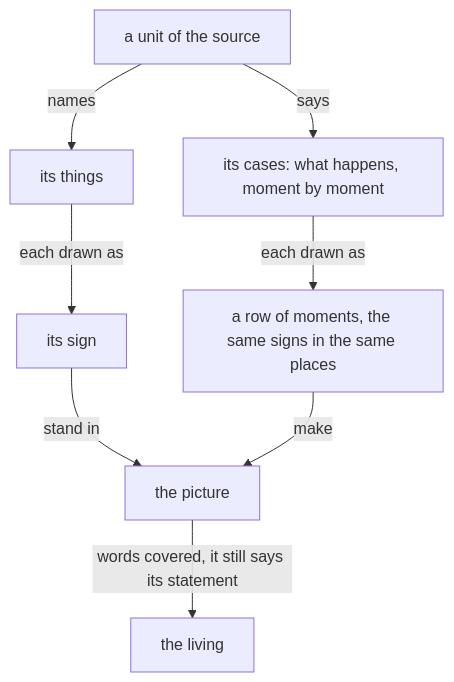
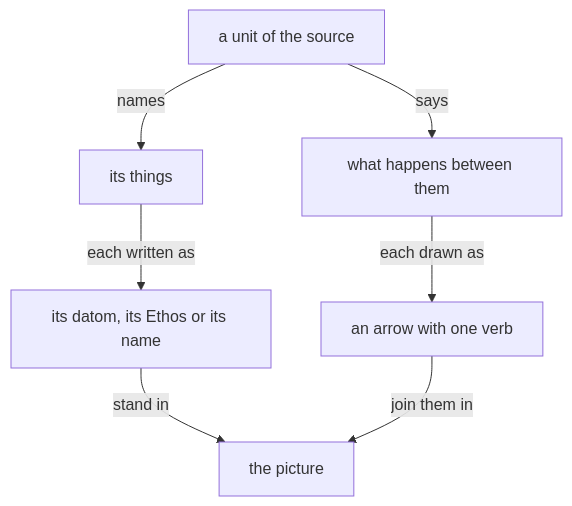
The first of 2 diagrams in notion/visualizer/0.md (LiGoldragon/mind-belief), drawn with Mermaid before and after one commit. The commit also changed other lines of this file, not shown here.

Commit message:
Draw the things and one verb on each arrow

````diff
--- a/notion/visualizer/0.md
+++ b/notion/visualizer/0.md
@@ -8,10 +8,9 @@
 ```mermaid
 flowchart TB
     u["a unit of the source"] -- "names" --> t["its things"]
-    u -- "says" --> c["its cases: what happens, moment by moment"]
-    t -- "each drawn as" --> s["its sign"]
-    c -- "each drawn as" --> r["a row of moments, the same signs in the same places"]
+    u -- "says" --> c["what happens between them"]
+    t -- "each written as" --> s["its datom, its Ethos or its name"]
+    c -- "each drawn as" --> r["an arrow with one verb"]
     s -- "stand in" --> p["the picture"]
-    r -- "make" --> p
-    p -- "words covered, it still says its statement" --> l["the living"]
+    r -- "join them in" --> p
 ```
````
